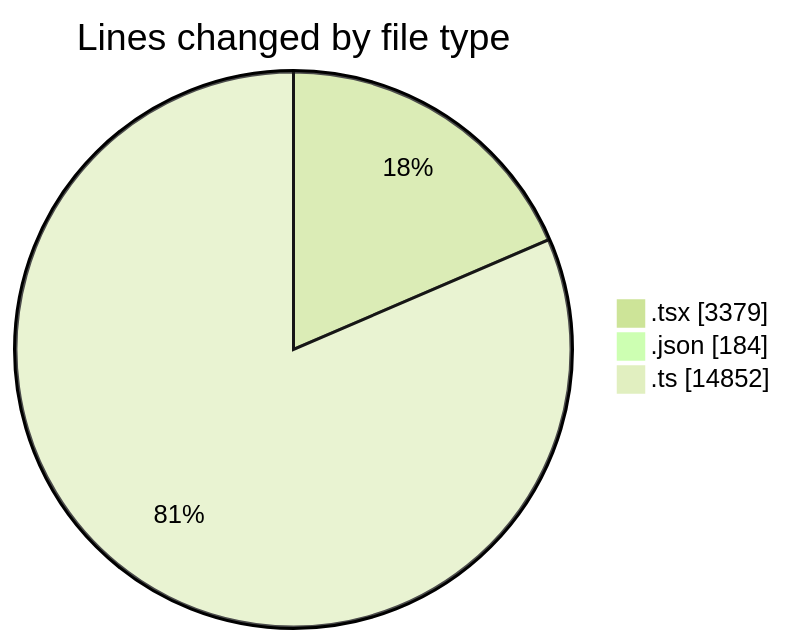
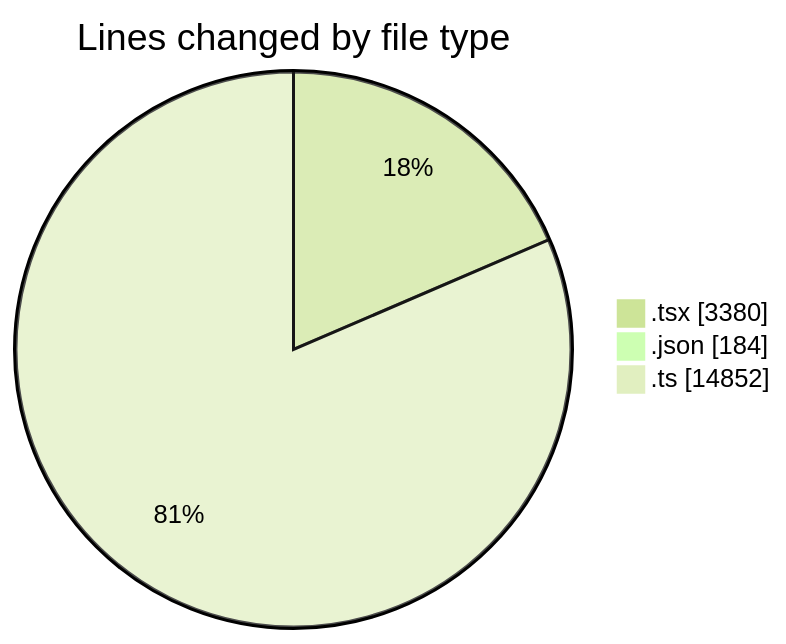
One commit to momahboobian/code-tracking changed the first of 2 diagrams in 2025-11-21/cda/README.md. Above: the diagram before and after it, drawn with Mermaid (forest theme). The commit also changed other lines of this file and 1 other file, not shown here.

````diff
--- a/2025-11-21/cda/README.md
+++ b/2025-11-21/cda/README.md
@@ -34,7 +34,7 @@
 ```mermaid
 pie showData
 title Lines changed by file type
-".tsx" : 3379
+".tsx" : 3380
 ".json" : 184
 ".ts" : 14852
 ```
````
